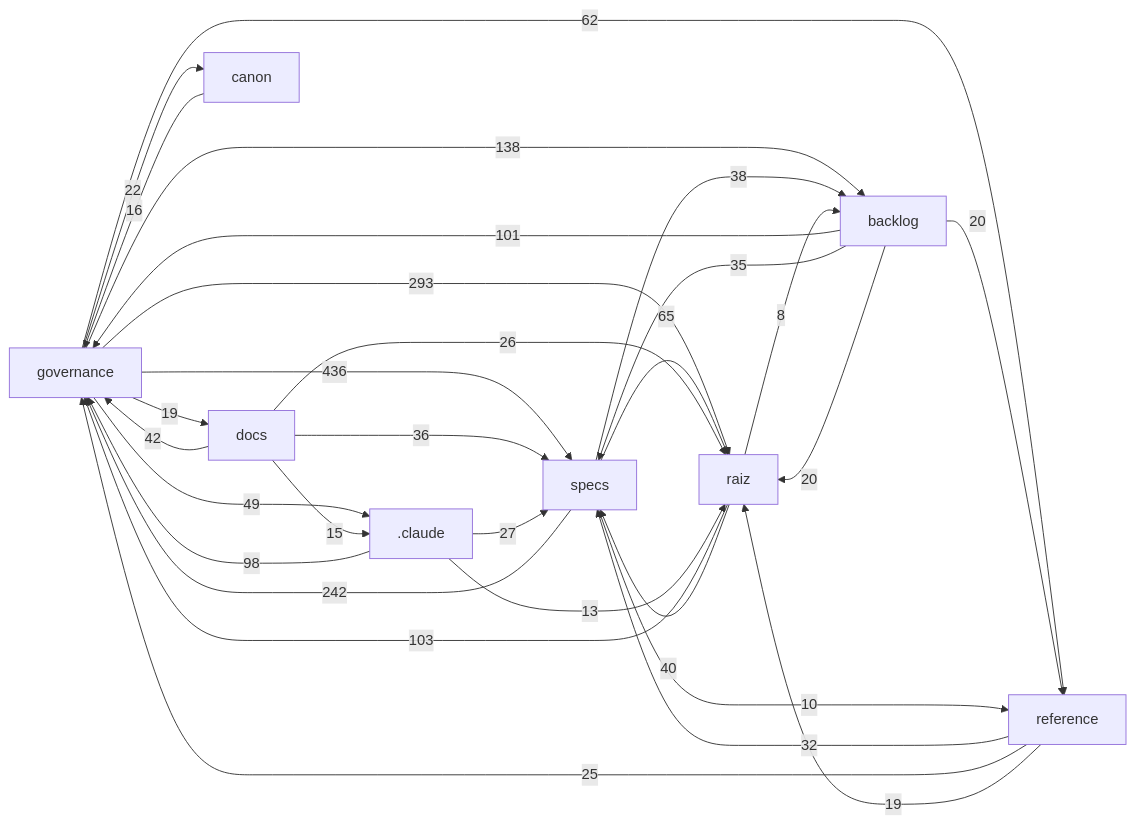
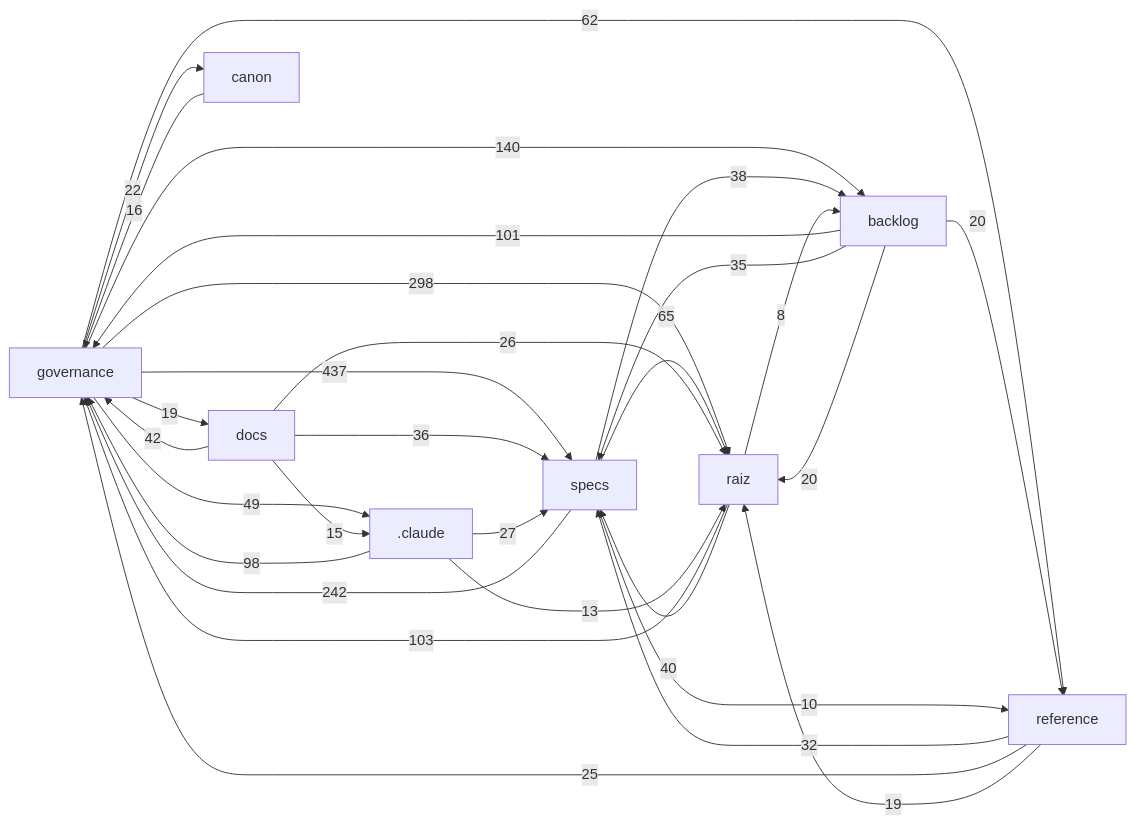
Before and after one commit to Andraus35/Sistema-Operacional-de-Trading--SOT: the diagram in docs/mapa/MAPA-PROJETO.md, drawn with Mermaid. The commit also changed other lines of this file and 2 other files, not shown here.

````diff
--- a/docs/mapa/MAPA-PROJETO.md
+++ b/docs/mapa/MAPA-PROJETO.md
@@ -29,32 +29,32 @@
 ```mermaid
 flowchart LR
-  governance["governance"] -->|436| specs["specs"]
-  governance["governance"] -->|293| raiz["raiz"]
+  governance["governance"] -->|437| specs["specs"]
+  governance["governance"] -->|298| raiz["raiz"]
   specs["specs"] -->|242| governance["governance"]
-  governance["governance"] -->|138| backlog["backlog"]
+  governance["governance"] -->|140| backlog["backlog"]
   raiz["raiz"] -->|103| governance["governance"]
   backlog["backlog"] -->|101| governance["governance"]
   _claude[".claude"] -->|98| governance["governance"]
   specs["specs"] -->|65| raiz["raiz"]
   governance["governance"] -->|62| reference["reference"]
   governance["governance"] -->|49| _claude[".claude"]
   docs["docs"] -->|42| governance["governance"]
   raiz["raiz"] -->|40| specs["specs"]
   specs["specs"] -->|38| backlog["backlog"]
   docs["docs"] -->|36| specs["specs"]
   backlog["backlog"] -->|35| specs["specs"]
   reference["reference"] -->|32| specs["specs"]
   _claude[".claude"] -->|27| specs["specs"]
   docs["docs"] -->|26| raiz["raiz"]
   reference["reference"] -->|25| governance["governance"]
   governance["governance"] -->|22| canon["canon"]
   backlog["backlog"] -->|20| raiz["raiz"]
   backlog["backlog"] -->|20| reference["reference"]
   governance["governance"] -->|19| docs["docs"]
   reference["reference"] -->|19| raiz["raiz"]
   canon["canon"] -->|16| governance["governance"]
   docs["docs"] -->|15| _claude[".claude"]
   _claude[".claude"] -->|13| raiz["raiz"]
   specs["specs"] -->|10| reference["reference"]
   raiz["raiz"] -->|8| backlog["backlog"]
 ```
````
